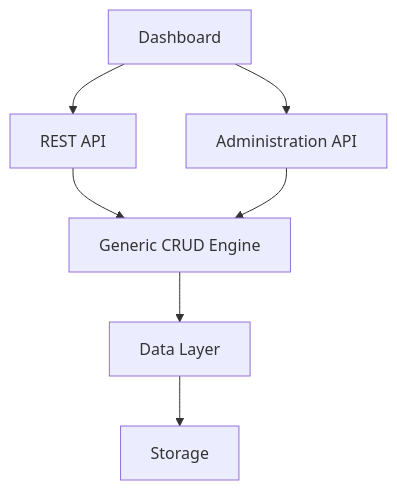
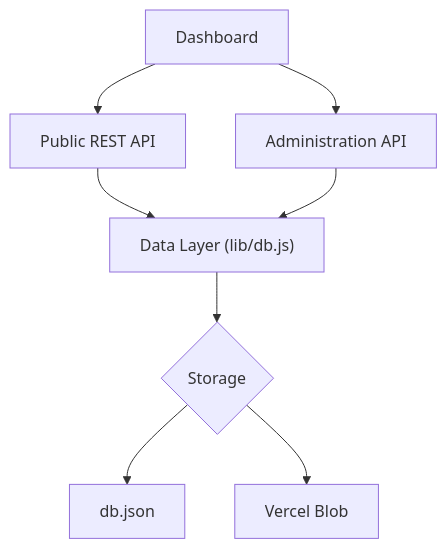
One commit to seanwhs/Tutorials changed the first of 2 diagrams in NextJS/Mock-API-Server/AppendixA-Project-Structure.md. Above: the diagram before and after it, drawn with Mermaid. The commit also changed other lines of this file, not shown here.

````diff
--- a/NextJS/Mock-API-Server/AppendixA-Project-Structure.md
+++ b/NextJS/Mock-API-Server/AppendixA-Project-Structure.md
@@ -315,25 +57,28 @@
 ```mermaid
 flowchart TD
 
 UI["Dashboard"]
 
-REST["REST API"]
+Admin["Administration API"]
 
-ADMIN["Administration API"]
+REST["Public REST API"]
 
-CRUD["Generic CRUD Engine"]
+Data["Data Layer (lib/db.js)"]
 
-DATA["Data Layer"]
+Storage{"Storage"}
 
-STORE["Storage"]
+Local["db.json"]
 
+Blob["Vercel Blob"]
+
+UI --> Admin
 UI --> REST
-UI --> ADMIN
 
-REST --> CRUD
-ADMIN --> CRUD
+REST --> Data
+Admin --> Data
 
-CRUD --> DATA
+Data --> Storage
 
-DATA --> STORE
+Storage --> Local
+Storage --> Blob
 ```
````
